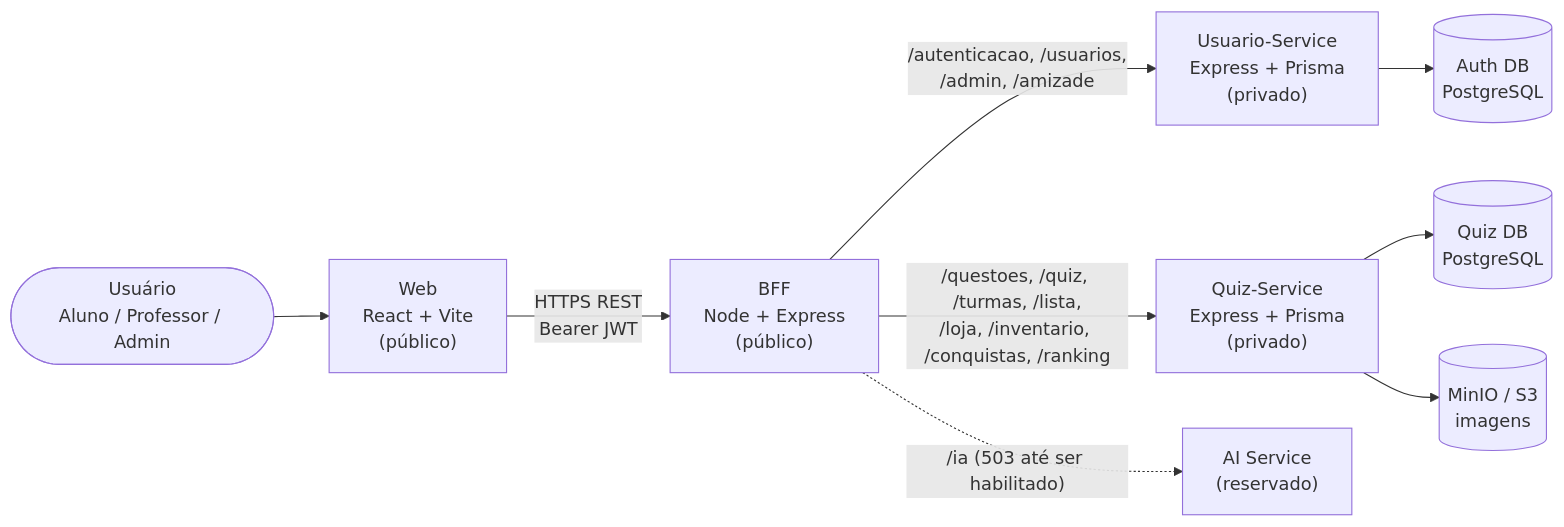
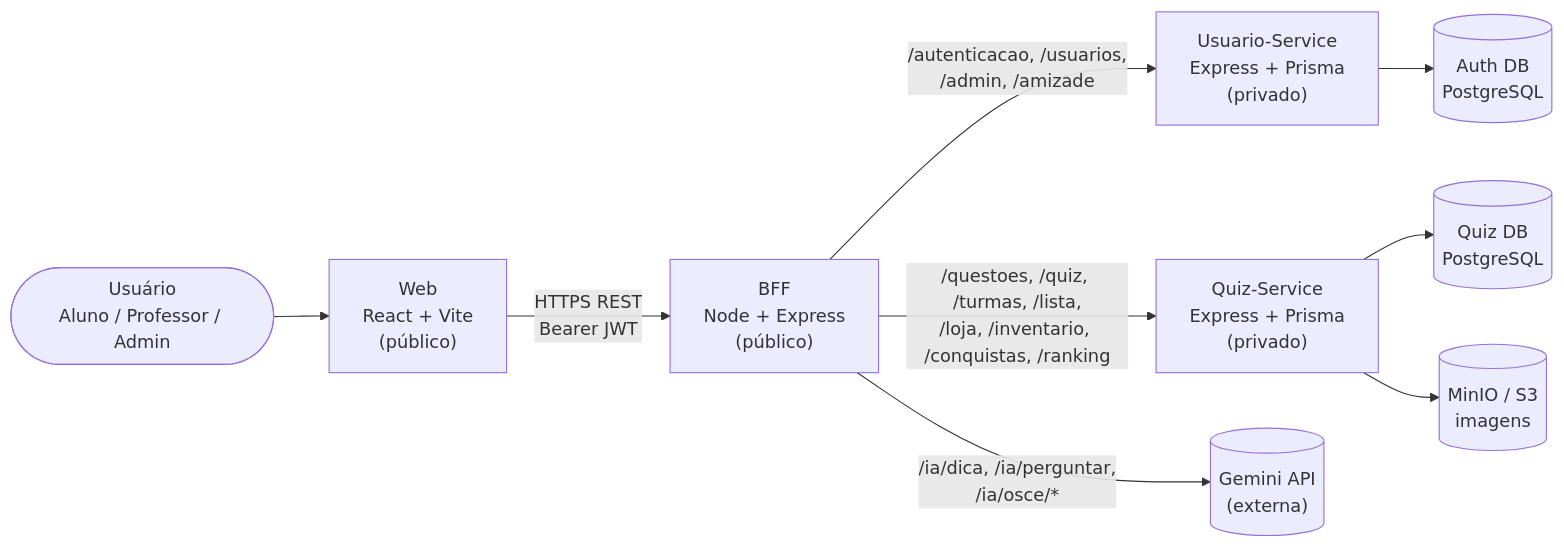
One commit to fga-eps-mds/2026-2-AnatoQuizUp-Doc changed the first of 2 diagrams in docs/arquitetura/visao-geral.md. Above: the diagram before and after it, drawn with Mermaid. The commit also changed other lines of this file and 4 other files, not shown here.

First line of the commit message:
docs(arquitetura): alinha a documentacao de IA ao BFF e publica o doc do OSCE

````diff
--- a/docs/arquitetura/visao-geral.md
+++ b/docs/arquitetura/visao-geral.md
@@ -9,21 +9,21 @@
 ```mermaid
 flowchart LR
     user(["Usuário<br/>Aluno / Professor / Admin"])
     web["Web<br/>React + Vite<br/>(público)"]
     bff["BFF<br/>Node + Express<br/>(público)"]
     usr["Usuario-Service<br/>Express + Prisma<br/>(privado)"]
     quiz["Quiz-Service<br/>Express + Prisma<br/>(privado)"]
-    ai["AI Service<br/>(reservado)"]
+    gemini[("Gemini API<br/>(externa)")]
     userDb[("Auth DB<br/>PostgreSQL")]
     quizDb[("Quiz DB<br/>PostgreSQL")]
     minio[("MinIO / S3<br/>imagens")]
 
     user --> web
     web -->|"HTTPS REST<br/>Bearer JWT"| bff
     bff -->|"/autenticacao, /usuarios,<br/>/admin, /amizade"| usr
     bff -->|"/questoes, /quiz, /turmas, /lista,<br/>/loja, /inventario, /conquistas, /ranking"| quiz
-    bff -.->|"/ia (503 até ser habilitado)"| ai
+    bff -->|"/ia/dica, /ia/perguntar,<br/>/ia/osce/*"| gemini
     usr --> userDb
     quiz --> quizDb
     quiz --> minio
 ```
````
